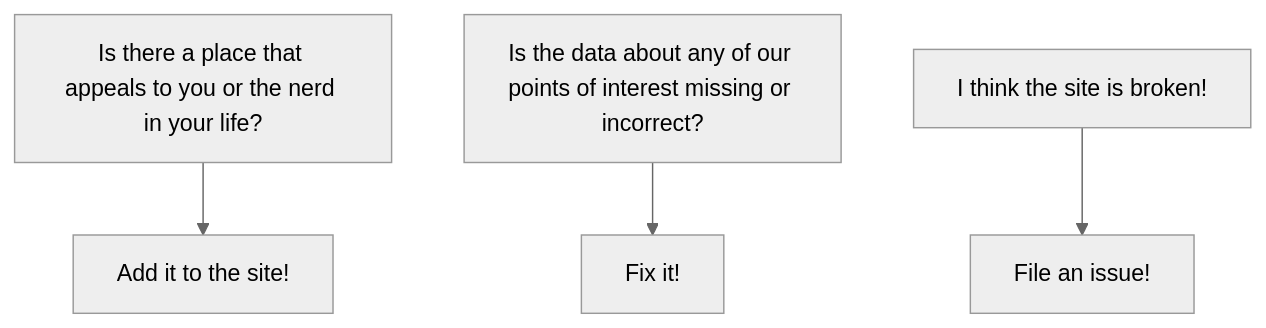
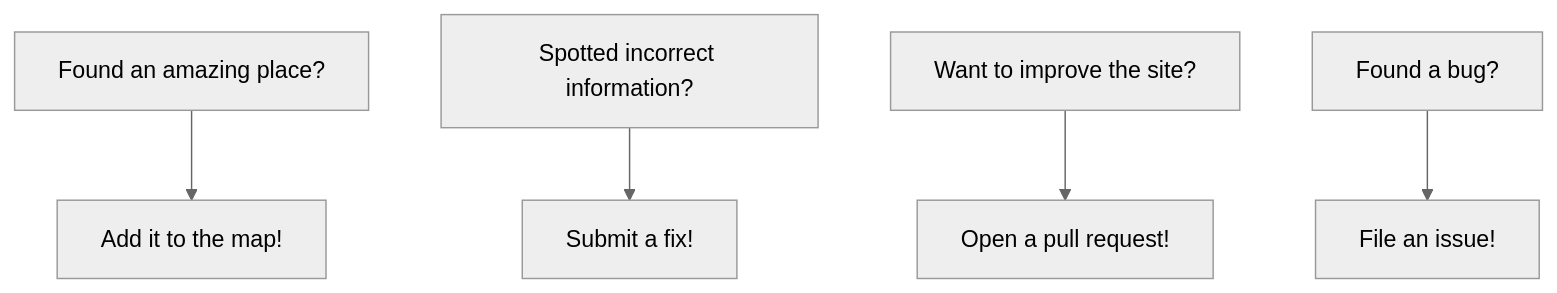
The diagram in README.md (stuartlangridge/website-1), drawn with Mermaid (neutral theme) before and after one commit. The commit also changed other lines of this file and 3 other files, not shown here.

````diff
--- a/README.md
+++ b/README.md
@@ -35,6 +40,7 @@
 ```mermaid
 graph TD;
-    A[Is there a place that appeals to you or the nerd in your life?] --> B[Add it to the site!]
-    C[Is the data about any of our points of interest missing or incorrect?] --> D[Fix it!]
-    E[I think the site is broken!] --> F[File an issue!]
+    A[Found an amazing place?] --> B[Add it to the map!]
+    C[Spotted incorrect information?] --> D[Submit a fix!]
+    E[Want to improve the site?] --> F[Open a pull request!]
+    G[Found a bug?] --> H[File an issue!]
 ```
````
